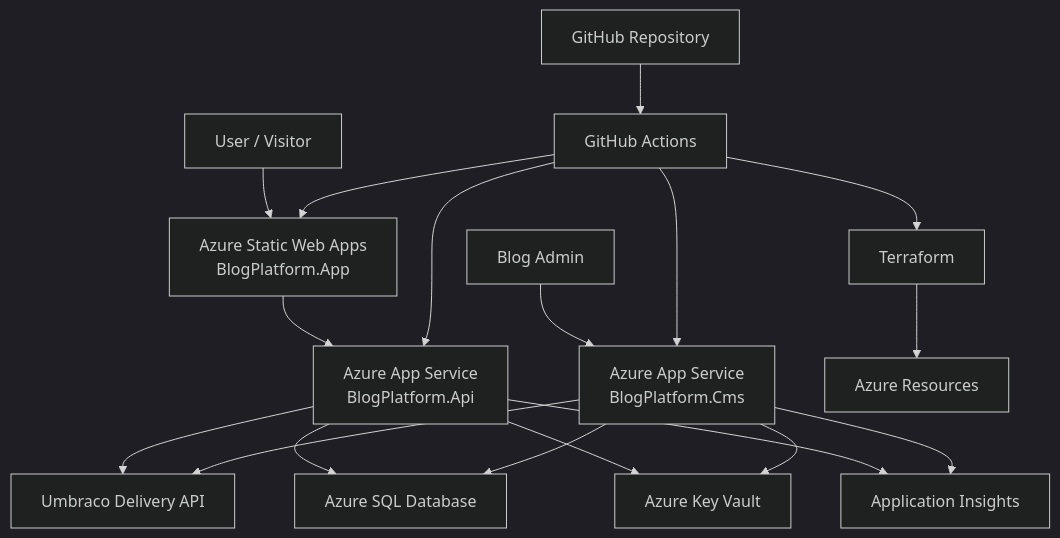
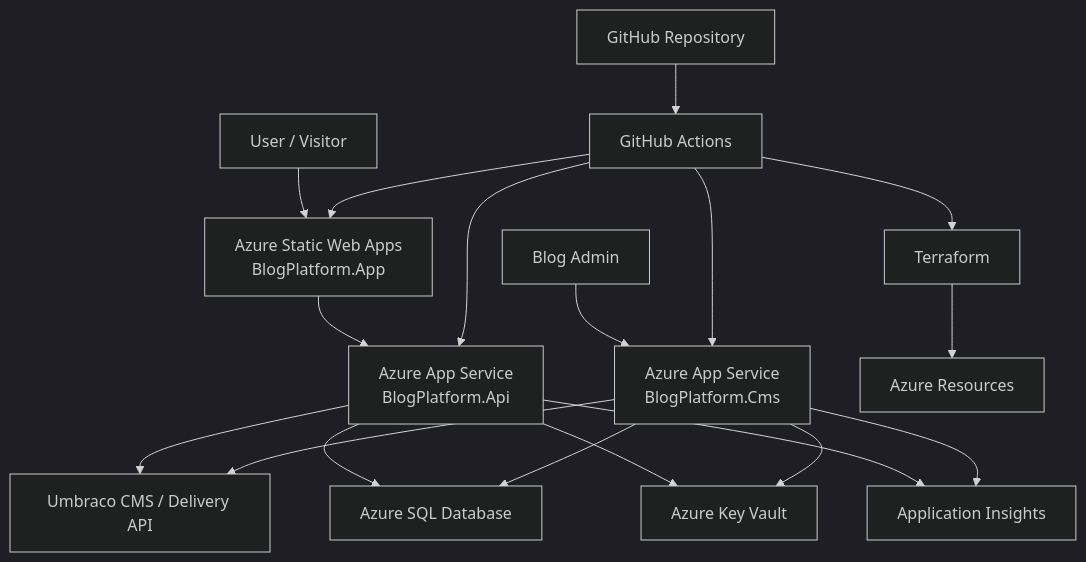
Before and after one commit to michalantolik/zone55-platform: the first of 3 diagrams in AZURE.md, drawn with Mermaid (dark theme). The commit also changed other lines of this file, not shown here.

````diff
--- a/AZURE.md
+++ b/AZURE.md
@@ -21,26 +56,27 @@
 ```mermaid
 flowchart TB
     User[User / Visitor] --> App[Azure Static Web Apps<br/>BlogPlatform.App]
     App --> Api[Azure App Service<br/>BlogPlatform.Api]
 
     Admin[Blog Admin] --> Cms[Azure App Service<br/>BlogPlatform.Cms]
 
-    Api --> CmsDelivery[Umbraco Delivery API]
+    Api --> CmsDelivery[Umbraco CMS / Delivery API]
     Cms --> CmsDelivery
 
     Api --> Db[Azure SQL Database]
     Cms --> Db
 
     Api --> KeyVault[Azure Key Vault]
     Cms --> KeyVault
 
     Api --> AppInsights[Application Insights]
     Cms --> AppInsights
 
     GitHub[GitHub Repository] --> Actions[GitHub Actions]
+    Actions --> Terraform[Terraform]
+    Terraform --> Azure[Azure Resources]
+
     Actions --> App
     Actions --> Api
     Actions --> Cms
-    Actions --> Terraform[Terraform]
-    Terraform --> Azure[Azure Resources]
 ```
````
